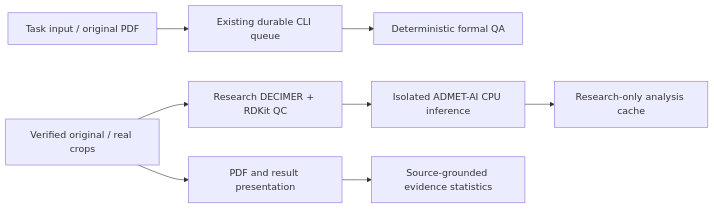
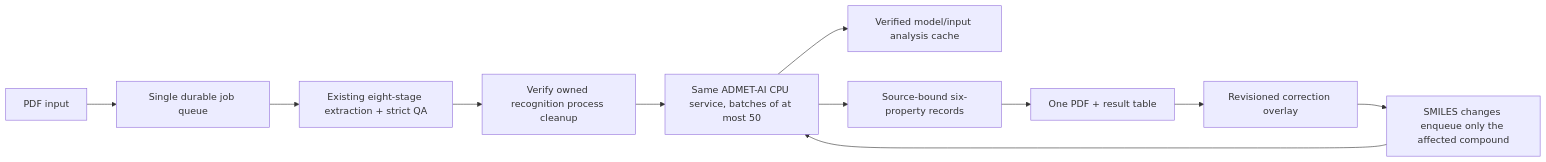
One commit to Victor-Xu-1/X-PatentSAR changed the third of 5 diagrams in docs/ARCHITECTURE.md. Above: the diagram before and after it, drawn with Mermaid. The commit also changed other lines of this file and 109 other files, not shown here.

Commit message:
Simplify all pages with neutral OpenAI-style PDF/table interaction [skip ci]

````diff
--- a/docs/ARCHITECTURE.md
+++ b/docs/ARCHITECTURE.md
@@ -116,10 +150,13 @@
 ```mermaid
 flowchart LR
-    TASK["Task input / original PDF"] --> QUEUE["Existing durable CLI queue"]
-    QUEUE --> QA["Deterministic formal QA"]
-    ORIGINAL["Verified original / real crops"] --> VIEW["PDF and result presentation"]
-    ORIGINAL --> OCSR["Research DECIMER + RDKit QC"]
-    OCSR --> ADMET["Isolated ADMET-AI CPU inference"]
-    ADMET --> CACHE["Research-only analysis cache"]
-    VIEW --> SUMMARY["Source-grounded evidence statistics"]
+    TASK["PDF input"] --> QUEUE["Single durable job queue"]
+    QUEUE --> QA["Existing eight-stage extraction + strict QA"]
+    QA --> CLEAN["Verify owned recognition process cleanup"]
+    CLEAN --> ADMET["Same ADMET-AI CPU service, batches of at most 50"]
+    ADMET --> CACHE["Verified model/input analysis cache"]
+    ADMET --> PRED["Source-bound six-property records"]
+    PRED --> VIEW["One PDF + result table"]
+    VIEW --> EDIT["Revisioned correction overlay"]
+    EDIT --> TARGET["SMILES changes enqueue only the affected compound"]
+    TARGET --> ADMET
 ```
````
